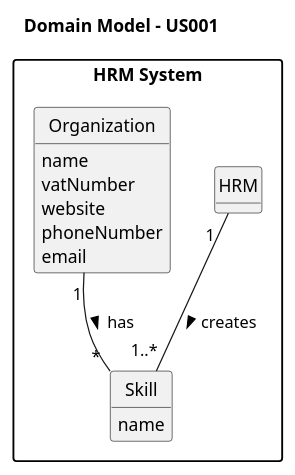
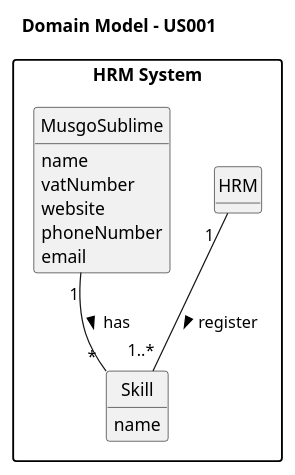
The diagram in docs/sprintA/us001/02.analysis/puml/us001-domain-model.puml (SAEmanuel/Green_Spaces_Management_ISEP), drawn with PlantUML before and after one commit.

Commit message:
US001 - Domain Model V5 .

```diff
--- a/docs/sprintA/us001/02.analysis/puml/us001-domain-model.puml
+++ b/docs/sprintA/us001/02.analysis/puml/us001-domain-model.puml
@@ -1,37 +1,37 @@
 @startuml
 
 skinparam monochrome true
 skinparam packageStyle rectangle
 skinparam shadowing false
 
 'left to right direction
 
 title Domain Model - US001
 
 hide circles
 hide methods
 
 package "HRM System" {
 
     class HRM {
     }
 
     class Skill {
         name
     }
 
-    class Organization {
+    class MusgoSublime {
         name
         vatNumber
         website
         phoneNumber
         email
     }
 
-    HRM "1  " -- "1..*" Skill : creates >
-    Organization "1" -- "                           *" Skill : has >
+    HRM "1  " -- "1..*" Skill : register >
+    MusgoSublime "1" -- "                           *" Skill : has >
 }
 
 
 
 @enduml
```
